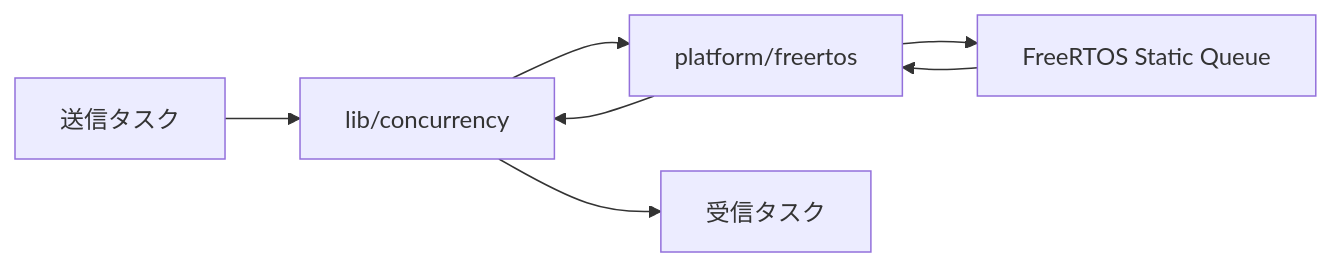
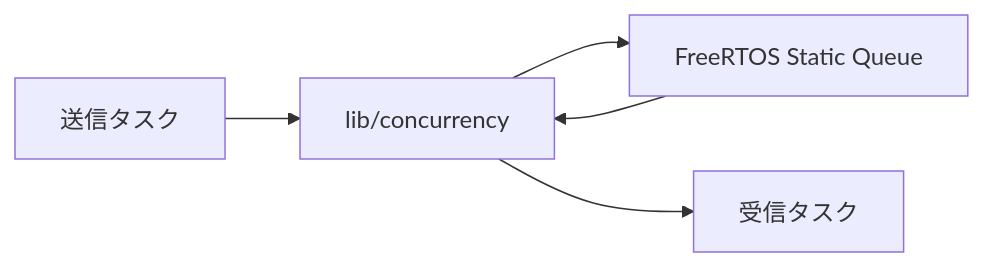
The first of 2 diagrams in docs/designs/rtos-mailbox.md (starkensan/usb_midi_pedal), drawn with Mermaid before and after one commit. The commit also changed other lines of this file and 29 other files, not shown here.

````diff
--- a/docs/designs/rtos-mailbox.md
+++ b/docs/designs/rtos-mailbox.md
@@ -25,9 +25,7 @@
 ```mermaid
 flowchart LR
     producer[送信タスク] --> mailbox[lib/concurrency]
-    mailbox --> adapter[platform/freertos]
-    adapter --> queue[FreeRTOS Static Queue]
-    queue --> adapter
-    adapter --> mailbox
+    mailbox --> queue[FreeRTOS Static Queue]
+    queue --> mailbox
     mailbox --> consumer[受信タスク]
 ```
````
